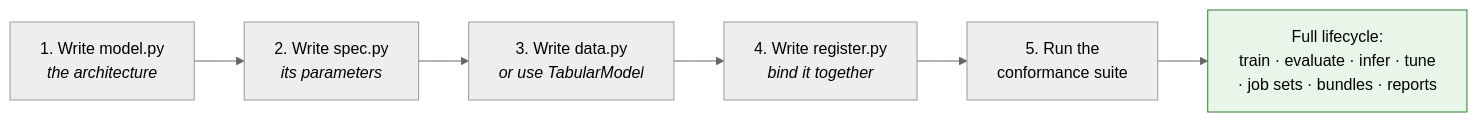
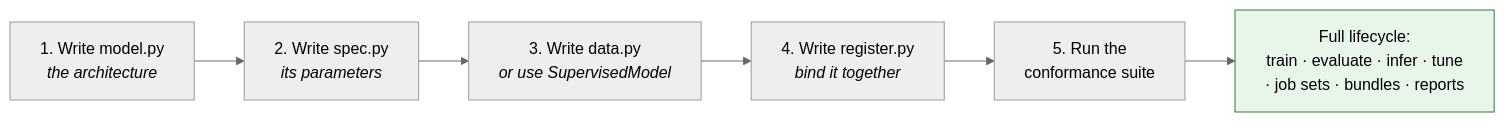
Diagram 16 of 17 in src/rade_qnet/docs/ARCHITECTURE.md (JStevens95/QuantStrata), drawn with Mermaid (neutral theme) before and after one commit. The commit also changed other lines of this file and 118 other files, not shown here.

````diff
--- a/src/rade_qnet/docs/ARCHITECTURE.md
+++ b/src/rade_qnet/docs/ARCHITECTURE.md
@@ -1013,9 +1022,9 @@
 ```mermaid
 flowchart LR
     A["1. Write model.py<br/><i>the architecture</i>"] --> B["2. Write spec.py<br/><i>its parameters</i>"]
-    B --> C["3. Write data.py<br/><i>or use TabularModel</i>"]
+    B --> C["3. Write data.py<br/><i>or use SupervisedModel</i>"]
     C --> D["4. Write register.py<br/><i>bind it together</i>"]
     D --> E["5. Run the<br/>conformance suite"]
     E --> F["Full lifecycle:<br/>train · evaluate · infer · tune<br/>· job sets · bundles · reports"]
     style F fill:#e8f5e9,stroke:#2e7d32
 ```
````
